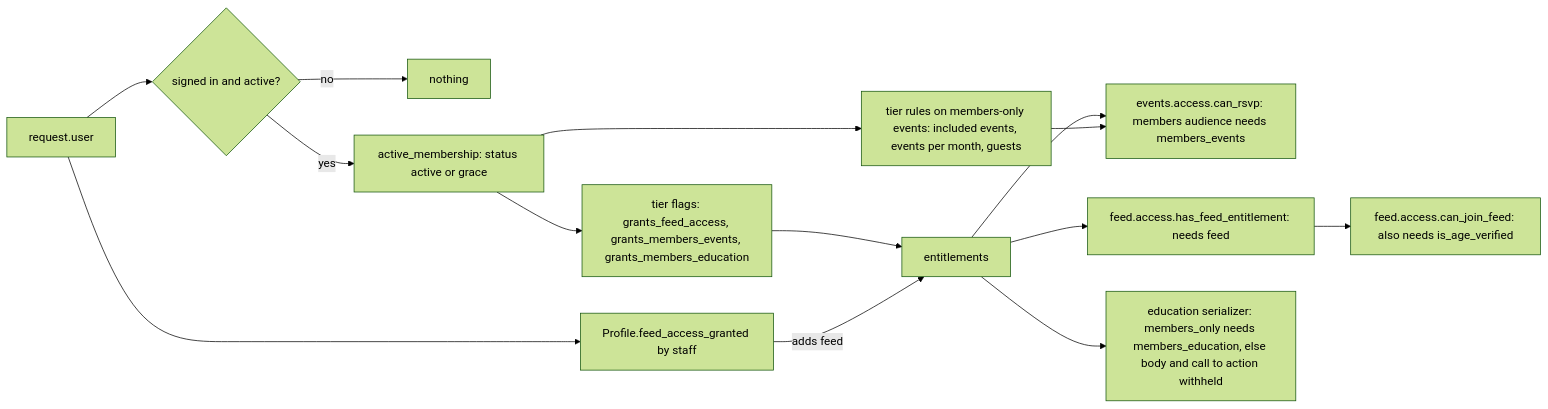
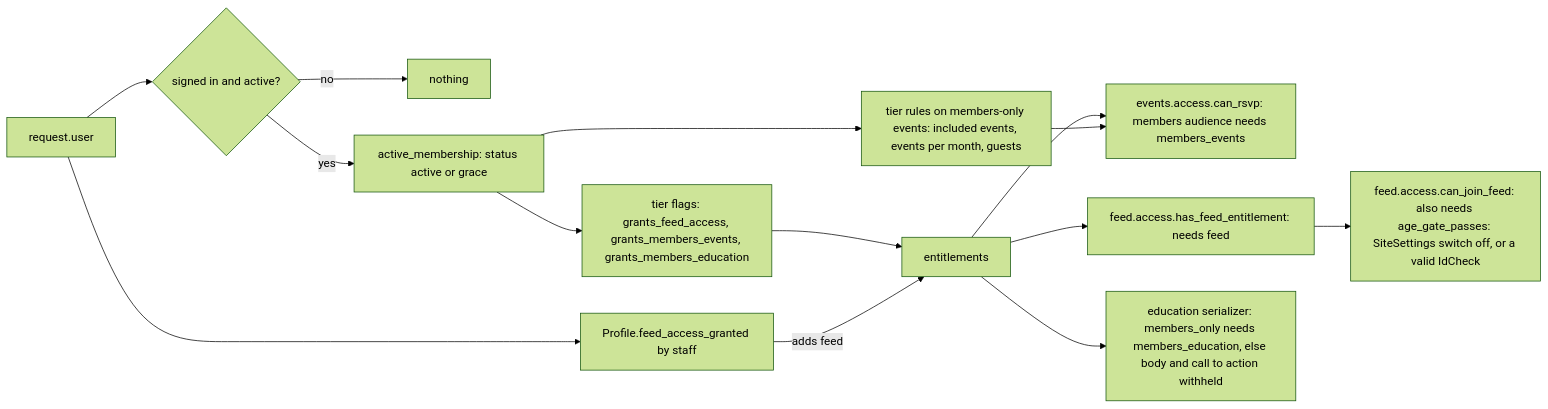
The fourth of 4 diagrams in docs/architecture.md (degarmo/rose), drawn with Mermaid (forest theme) before and after one commit. The commit also changed other lines of this file and 43 other files, not shown here.

First line of the commit message:
Make the feed's age check a site setting

````diff
--- a/docs/architecture.md
+++ b/docs/architecture.md
@@ -234,16 +234,16 @@
 ```mermaid
 flowchart LR
     U[request.user] --> A{signed in and active?}
     A -- no --> N[nothing]
     A -- yes --> M[active_membership: status active or grace]
     M --> T[tier flags: grants_feed_access, grants_members_events, grants_members_education]
     U --> G[Profile.feed_access_granted by staff]
     T --> E[entitlements]
     G -->|adds feed| E
     E --> R[events.access.can_rsvp: members audience needs members_events]
     M --> TR[tier rules on members-only events: included events, events per month, guests]
     TR --> R
     E --> F[feed.access.has_feed_entitlement: needs feed]
-    F --> AV[feed.access.can_join_feed: also needs is_age_verified]
+    F --> AV[feed.access.can_join_feed: also needs age_gate_passes: SiteSettings switch off, or a valid IdCheck]
     E --> O[education serializer: members_only needs members_education, else body and call to action withheld]
 ```
````
